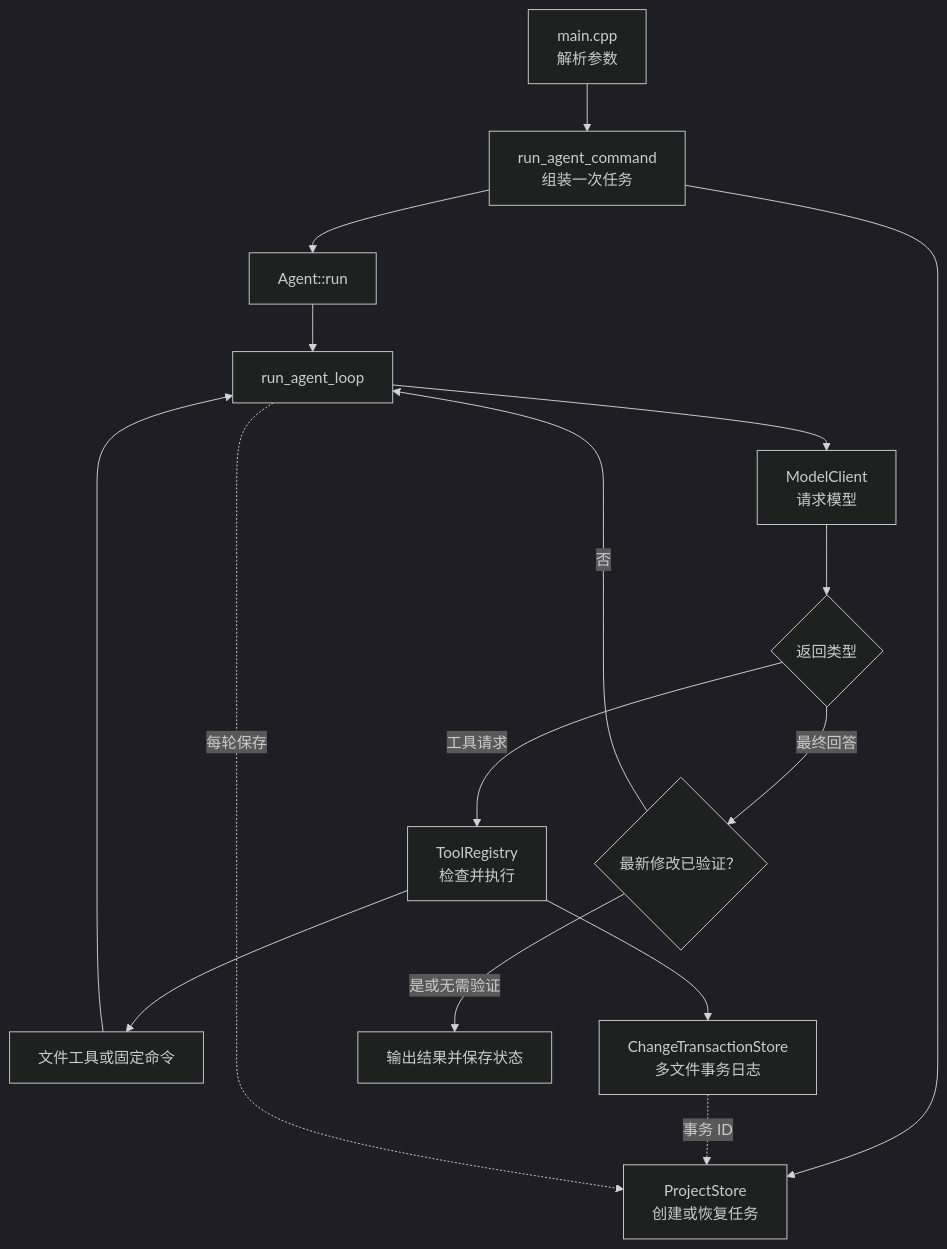
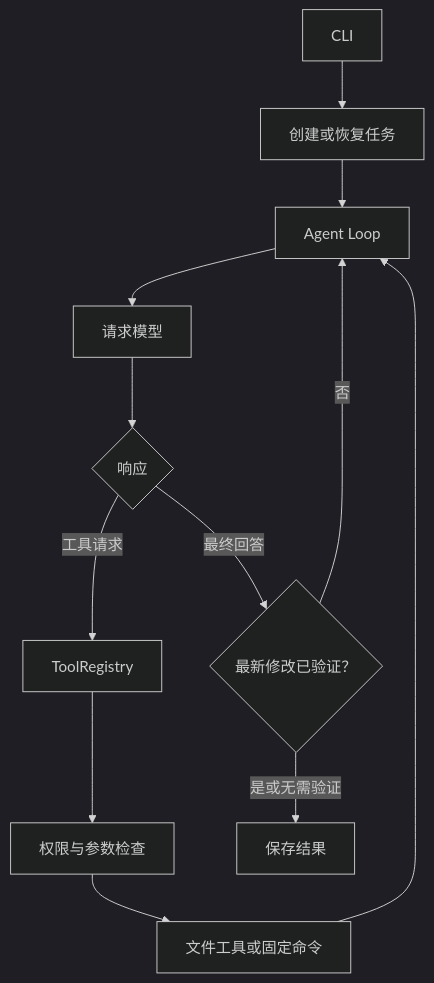
One commit to calvinhxx/mint changed the first of 2 diagrams in docs/concepts/architecture.md. Above: the diagram before and after it, drawn with Mermaid (dark theme). The commit also changed other lines of this file and 12 other files, not shown here.

````diff
--- a/docs/concepts/architecture.md
+++ b/docs/concepts/architecture.md
@@ -15,18 +9,14 @@
-~~~mermaid
+```mermaid
 flowchart TD
-    main["main.cpp<br/>解析参数"] --> command["run_agent_command<br/>组装一次任务"]
-    command --> store["ProjectStore<br/>创建或恢复任务"]
-    command --> agent["Agent::run"]
-    agent --> loop["run_agent_loop"]
-    loop --> model["ModelClient<br/>请求模型"]
-    model --> reply{"返回类型"}
-    reply -- "工具请求" --> registry["ToolRegistry<br/>检查并执行"]
-    registry --> local["文件工具或固定命令"]
-    registry --> transaction["ChangeTransactionStore<br/>多文件事务日志"]
-    local --> loop
-    transaction -.->|事务 ID| store
-    reply -- "最终回答" --> gate{"最新修改已验证？"}
-    gate -- "否" --> loop
-    gate -- "是或无需验证" --> result["输出结果并保存状态"]
-    loop -.->|每轮保存| store
-~~~
+    cli["CLI"] --> store["创建或恢复任务"]
+    store --> agent["Agent Loop"]
+    agent --> model["请求模型"]
+    model --> reply{"响应"}
+    reply -- "工具请求" --> tools["ToolRegistry"]
+    tools --> guard["权限与参数检查"]
+    guard --> local["文件工具或固定命令"]
+    local --> agent
+    reply -- "最终回答" --> verify{"最新修改已验证？"}
+    verify -- "否" --> agent
+    verify -- "是或无需验证" --> done["保存结果"]
+```
````
